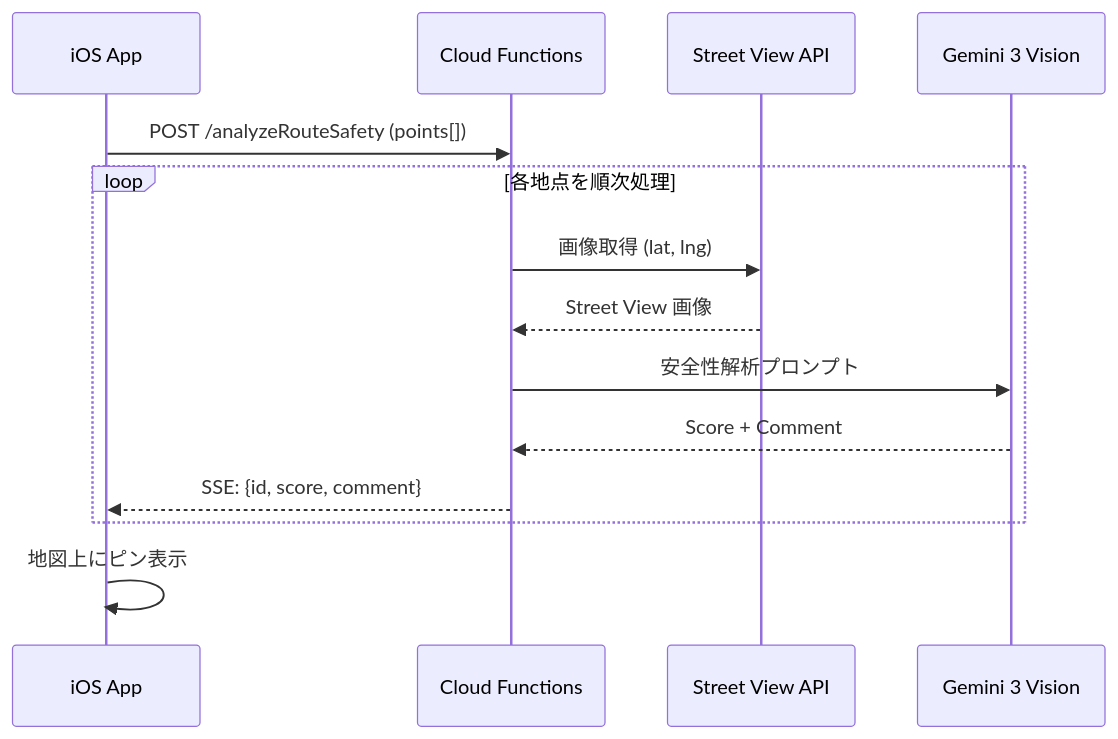
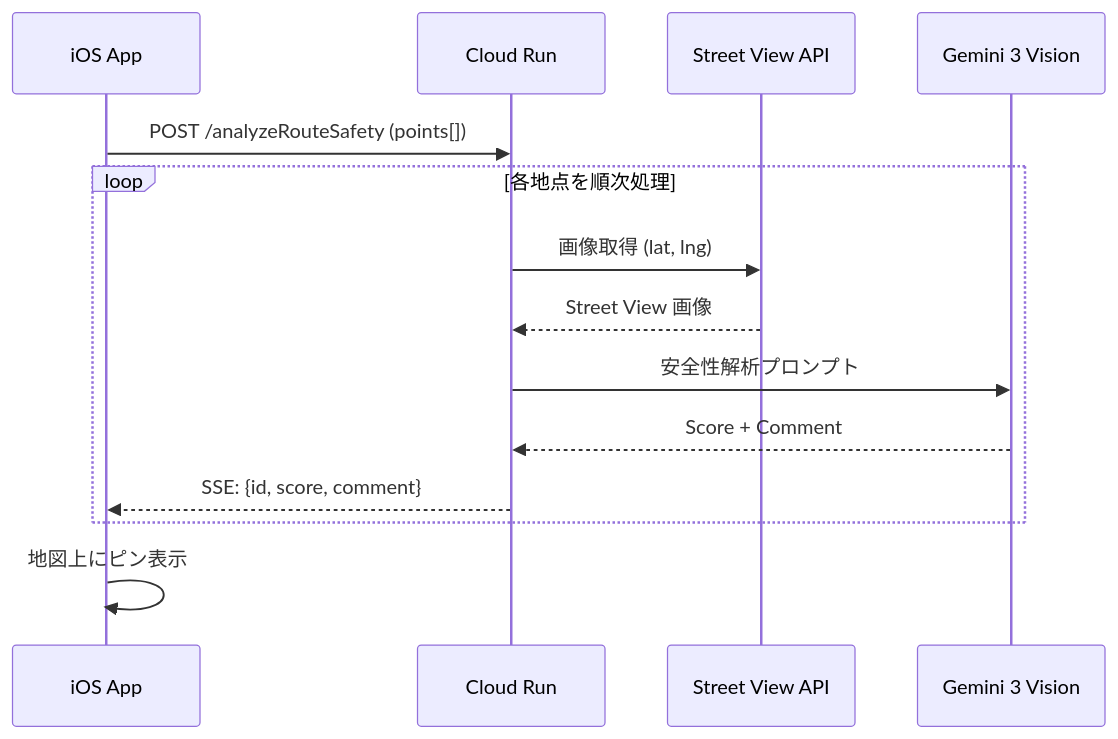
One commit to Ryg-appdev/safe-routing-ai-navigation changed the sixth of 6 diagrams in Docs/確定/05_詳細設計書.md. Above: the diagram before and after it, drawn with Mermaid. The commit also changed other lines of this file and 6 other files, not shown here.

````diff
--- a/Docs/確定/05_詳細設計書.md
+++ b/Docs/確定/05_詳細設計書.md
@@ -143,17 +138,17 @@
 ```mermaid
 sequenceDiagram
     participant iOS as iOS App
-    participant CF as Cloud Functions
+    participant CR as Cloud Run
     participant SV as Street View API
     participant G3 as Gemini 3 Vision
 
-    iOS->>CF: POST /analyzeRouteSafety (points[])
+    iOS->>CR: POST /analyzeRouteSafety (points[])
     loop 各地点を順次処理
-        CF->>SV: 画像取得 (lat, lng)
-        SV-->>CF: Street View 画像
-        CF->>G3: 安全性解析プロンプト
-        G3-->>CF: Score + Comment
-        CF-->>iOS: SSE: {id, score, comment}
+        CR->>SV: 画像取得 (lat, lng)
+        SV-->>CR: Street View 画像
+        CR->>G3: 安全性解析プロンプト
+        G3-->>CR: Score + Comment
+        CR-->>iOS: SSE: {id, score, comment}
     end
     iOS->>iOS: 地図上にピン表示
 ```
````
